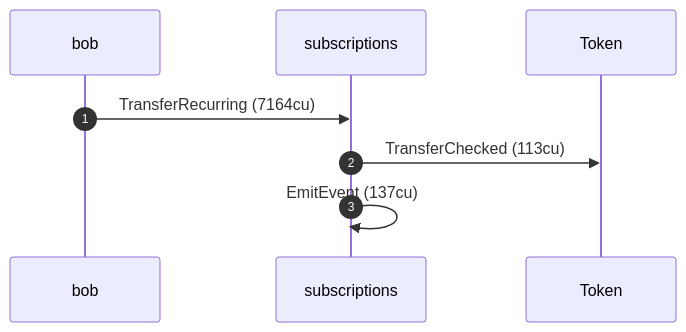
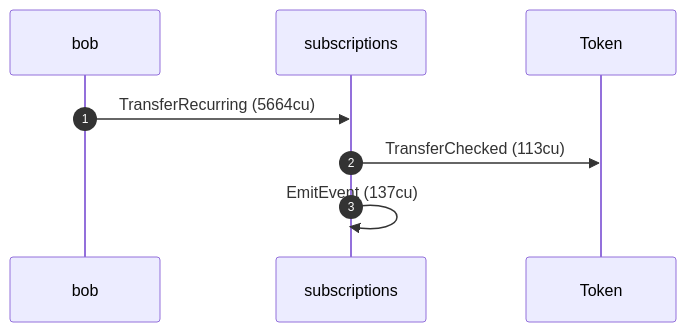
One commit to cds-rs/subscriptions changed the ninth of 12 diagrams in dsl_tests/sentinel-start-begins-at-landing.md. Above: the diagram before and after it, drawn with Mermaid. The commit also changed other lines of this file and 224 other files, not shown here.

````diff
--- a/dsl_tests/sentinel-start-begins-at-landing.md
+++ b/dsl_tests/sentinel-start-begins-at-landing.md
@@ -189,10 +198,10 @@
 ```mermaid
 sequenceDiagram
     autonumber
     participant bob
     participant subscriptions
     participant Token
-    bob ->> subscriptions: TransferRecurring (7164cu)
+    bob ->> subscriptions: TransferRecurring (5664cu)
     subscriptions ->> Token: TransferChecked (113cu)
     subscriptions ->> subscriptions: EmitEvent (137cu)
 ```
````
